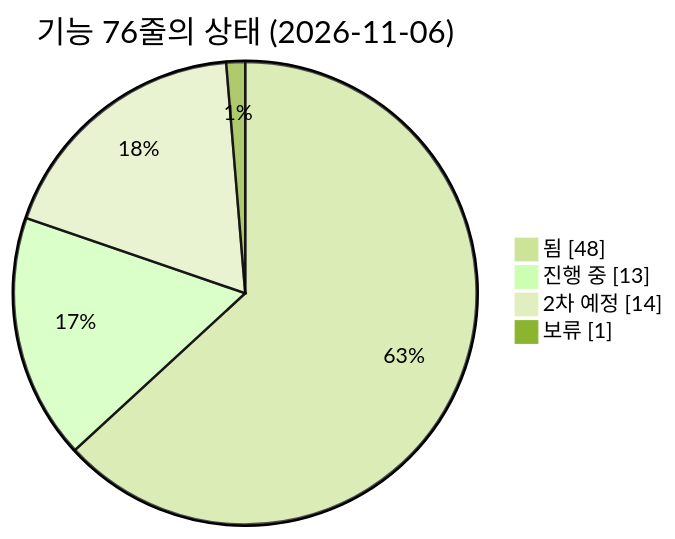
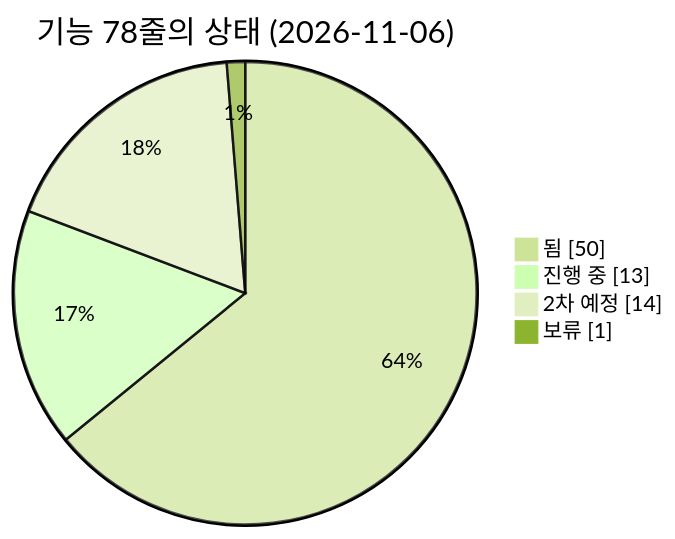
Before and after one commit to agent-ddalgi-team/final-geosan: the first of 3 diagrams in docs/map/feature-map.md, drawn with Mermaid (forest theme). The commit also changed other lines of this file and 1 other file, not shown here.

````diff
--- a/docs/map/feature-map.md
+++ b/docs/map/feature-map.md
@@ -31,8 +31,8 @@
 ```mermaid
 pie showData
-    title 기능 76줄의 상태 (2026-11-06)
-    "됨" : 48
+    title 기능 78줄의 상태 (2026-11-06)
+    "됨" : 50
     "진행 중" : 13
     "2차 예정" : 14
     "보류" : 1
 ```
````
